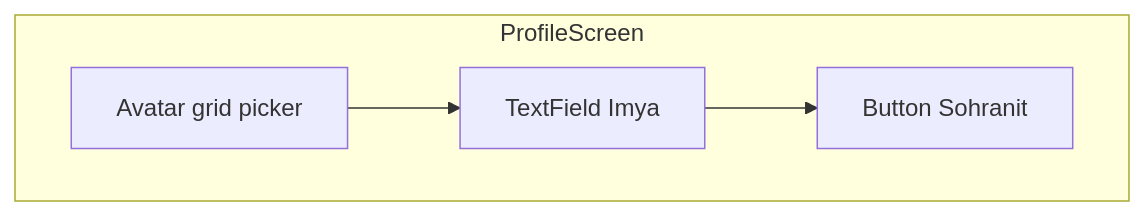
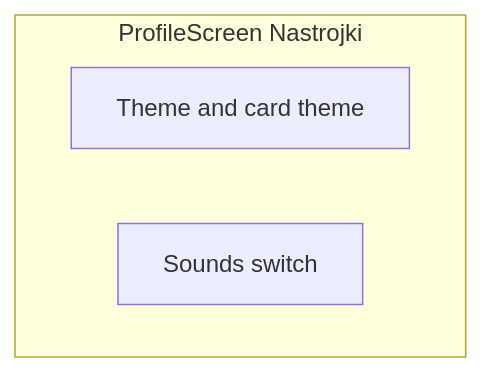
The sixth of 12 diagrams in docs/architecture/navigation-and-screens.md (ivanbogomoloff/fool-card-game), drawn with Mermaid before and after one commit. The commit also changed other lines of this file and 45 other files, not shown here.

````diff
--- a/docs/architecture/navigation-and-screens.md
+++ b/docs/architecture/navigation-and-screens.md
@@ -98,9 +104,7 @@
 ```mermaid
 flowchart TB
-    subgraph profileScreen [ProfileScreen]
-        AvatarPicker[Avatar grid picker]
-        NameField[TextField Imya]
-        BtnSave[Button Sohranit]
+    subgraph profileScreen [ProfileScreen Nastrojki]
+        ThemeChips[Theme and card theme]
+        Sounds[Sounds switch]
     end
-    AvatarPicker --> NameField --> BtnSave
 ```
````
